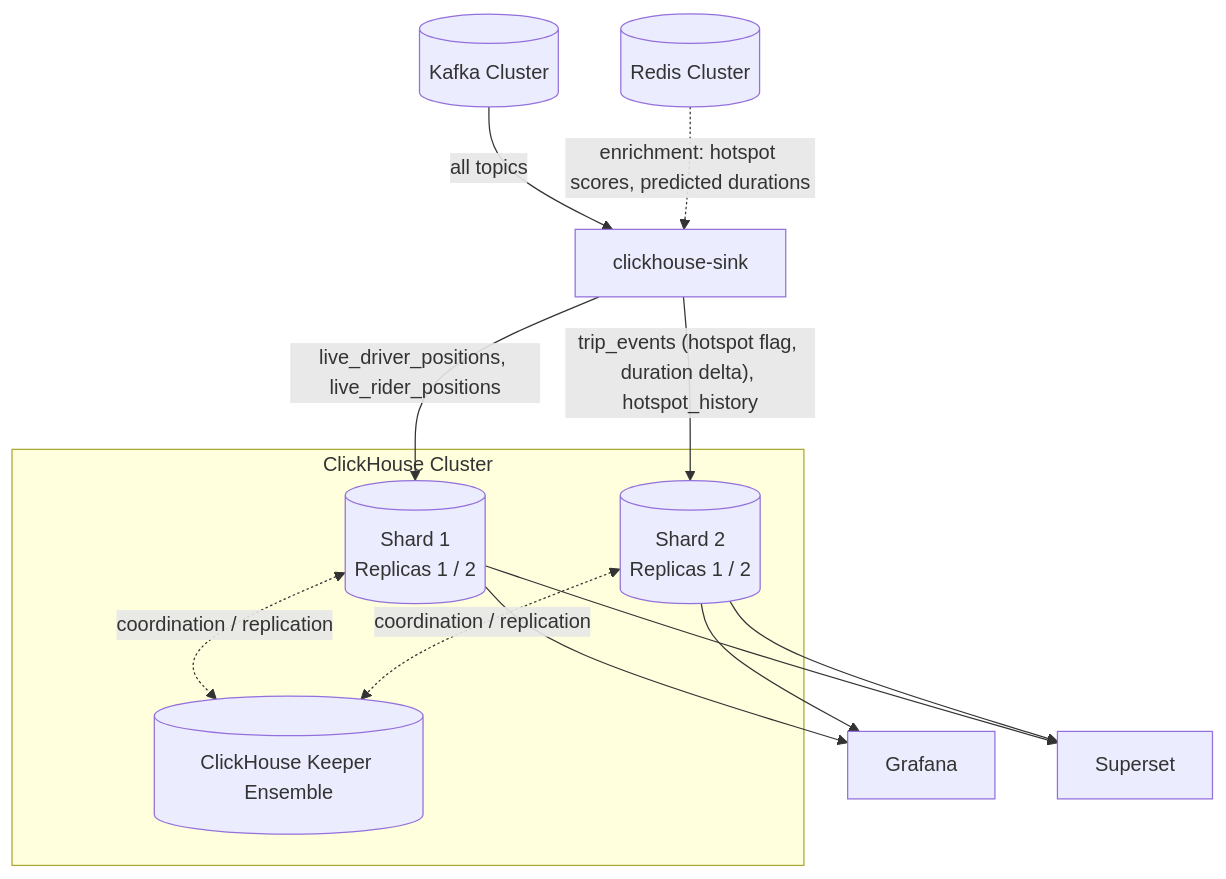
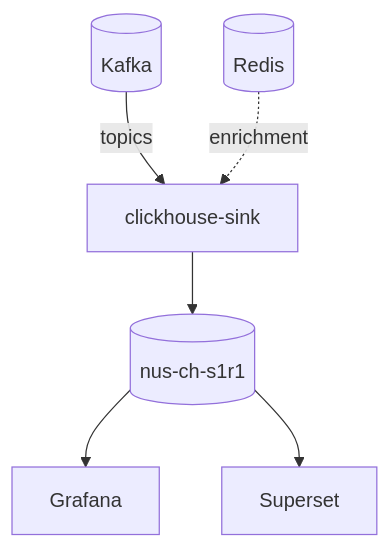
The ninth of 9 diagrams in README.md (bahman-farhadian/Meanul-Data-Studio), drawn with Mermaid before and after one commit. The commit also changed other lines of this file and 8 other files, not shown here.

````diff
--- a/README.md
+++ b/README.md
@@ -523,29 +478,15 @@
 ```mermaid
 graph TB
-    KAFKA[("Kafka Cluster")]
-    REDIS[("Redis Cluster")]
+    KAFKA[("Kafka")]
+    REDIS[("Redis")]
     SINK["clickhouse-sink"]
-
-    subgraph OLAP ["ClickHouse Cluster"]
-        CH1[("Shard 1<br/>Replicas 1 / 2")]
-        CH2[("Shard 2<br/>Replicas 1 / 2")]
-        KEEPER[("ClickHouse Keeper Ensemble")]
-    end
-
+    CH[("nus-ch-s1r1")]
     GRAF["Grafana"]
     SUPER["Superset"]
 
-    KAFKA -->|"all topics"| SINK
-    REDIS -.->|"enrichment: hotspot scores, predicted durations"| SINK
-
-    SINK -->|"live_driver_positions, live_rider_positions"| CH1
-    SINK -->|"trip_events (hotspot flag, duration delta), hotspot_history"| CH2
-
-    CH1 <-.->|"coordination / replication"| KEEPER
-    CH2 <-.->|"coordination / replication"| KEEPER
-
-    CH1 --> GRAF
-    CH2 --> GRAF
-    CH1 --> SUPER
-    CH2 --> SUPER
+    KAFKA -->|"topics"| SINK
+    REDIS -.->|"enrichment"| SINK
+    SINK --> CH
+    CH --> GRAF
+    CH --> SUPER
 ```
````
